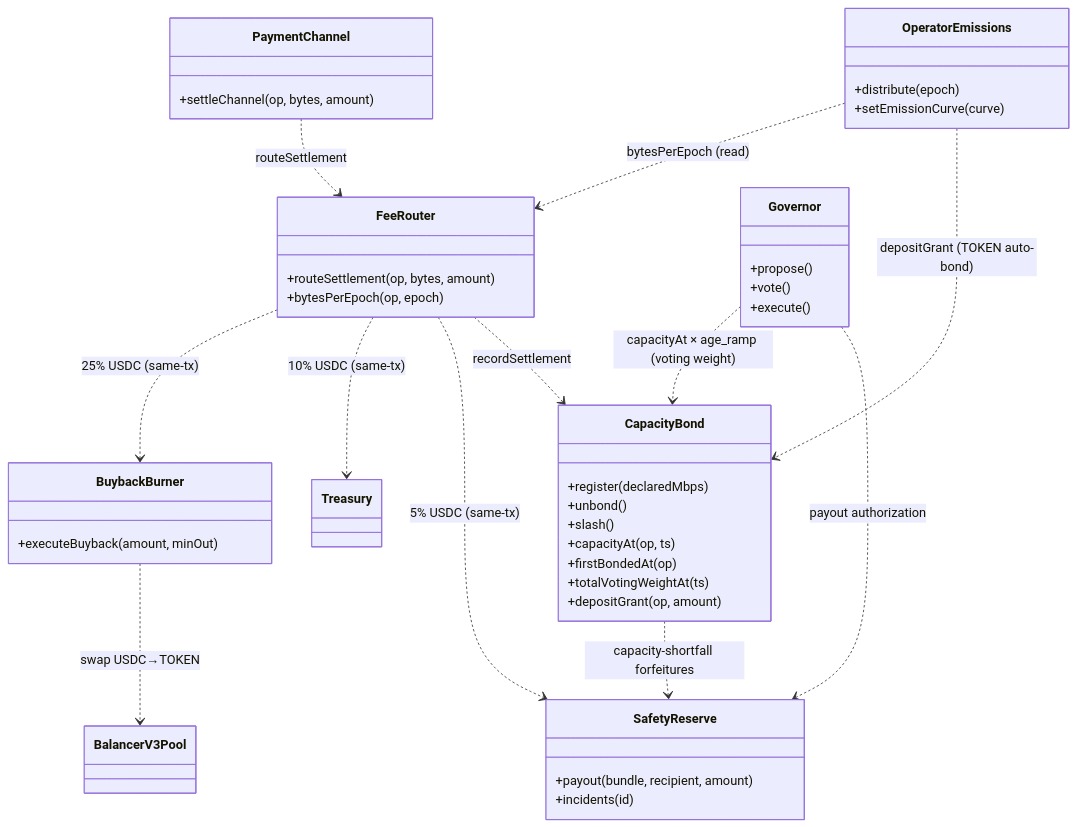
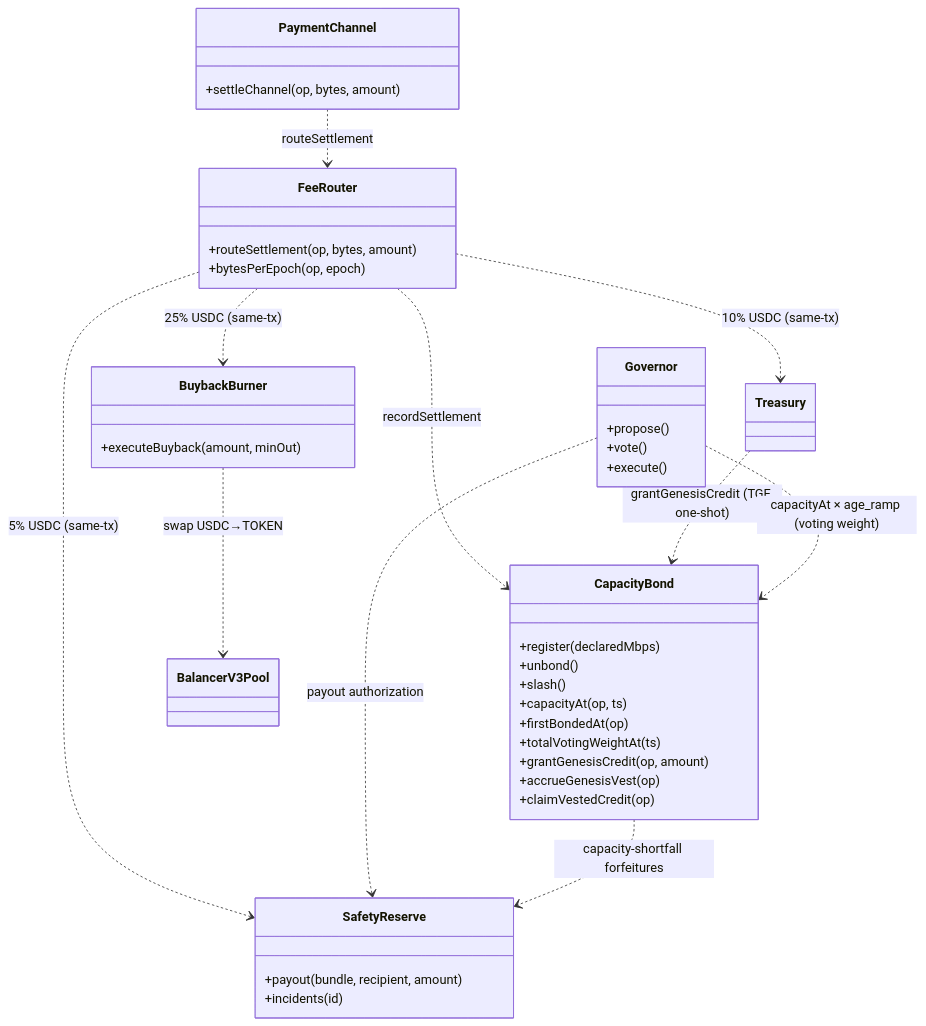
One commit to decdn/decdn changed the first of 5 diagrams in adr/016-contract-interactions.md. Above: the diagram before and after it, drawn with Mermaid. The commit also changed other lines of this file, not shown here.

Commit message:
docs(adr): ADR 016 — remove OperatorEmissions from Inventory, diagram, header
First slice of the ADR 016 v2.2 rewrite. Removes OperatorEmissions from
the Contract Inventory table, the Contract Architecture classDiagram,
and the header §ADR 026 driver callout. Extends CapacityBond's diagram
methods to expose grantGenesisCredit / accrueGenesisVest /
claimVestedCredit. Adds Treasury→CapacityBond grantGenesisCredit edge.

Sweep of remaining OperatorEmissions references in deployment order,
call table, fund flow, access control, and reentrancy lands in
subsequent commits.

````diff
--- a/adr/016-contract-interactions.md
+++ b/adr/016-contract-interactions.md
@@ -40,49 +39,46 @@
 ```mermaid
 classDiagram
     class PaymentChannel {
         +settleChannel(op, bytes, amount)
     }
     class FeeRouter {
         +routeSettlement(op, bytes, amount)
         +bytesPerEpoch(op, epoch)
     }
     class CapacityBond {
         +register(declaredMbps)
         +unbond()
         +slash()
         +capacityAt(op, ts)
         +firstBondedAt(op)
         +totalVotingWeightAt(ts)
-        +depositGrant(op, amount)
-    }
-    class OperatorEmissions {
-        +distribute(epoch)
-        +setEmissionCurve(curve)
+        +grantGenesisCredit(op, amount)
+        +accrueGenesisVest(op)
+        +claimVestedCredit(op)
     }
     class BuybackBurner {
         +executeBuyback(amount, minOut)
     }
     class SafetyReserve {
         +payout(bundle, recipient, amount)
         +incidents(id)
     }
     class Governor {
         +propose()
         +vote()
         +execute()
     }
     class Treasury
     class BalancerV3Pool
 
     PaymentChannel ..> FeeRouter : routeSettlement
     FeeRouter ..> BuybackBurner : 25% USDC (same-tx)
     FeeRouter ..> Treasury : 10% USDC (same-tx)
     FeeRouter ..> SafetyReserve : 5% USDC (same-tx)
     FeeRouter ..> CapacityBond : recordSettlement
-    OperatorEmissions ..> FeeRouter : bytesPerEpoch (read)
-    OperatorEmissions ..> CapacityBond : depositGrant (TOKEN auto-bond)
     BuybackBurner ..> BalancerV3Pool : swap USDC→TOKEN
+    Treasury ..> CapacityBond : grantGenesisCredit (TGE one-shot)
     Governor ..> CapacityBond : capacityAt × age_ramp (voting weight)
     Governor ..> SafetyReserve : payout authorization
     CapacityBond ..> SafetyReserve : capacity-shortfall forfeitures
 ```
````
